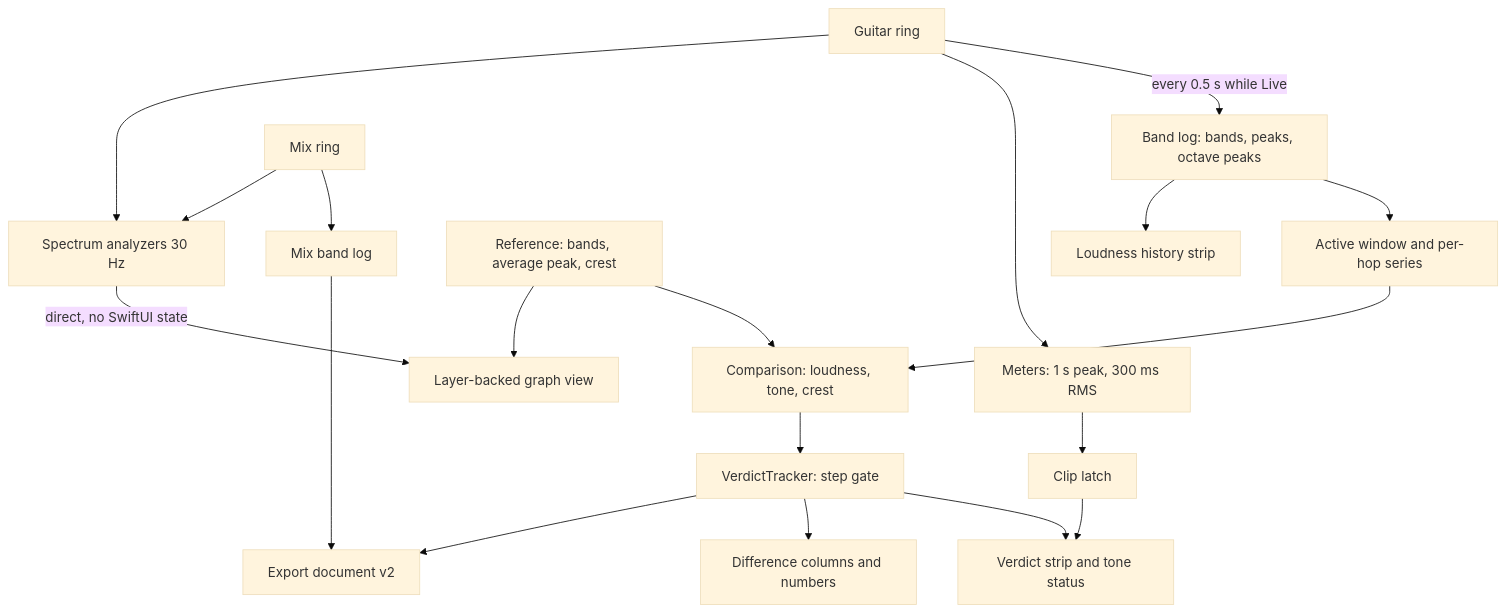
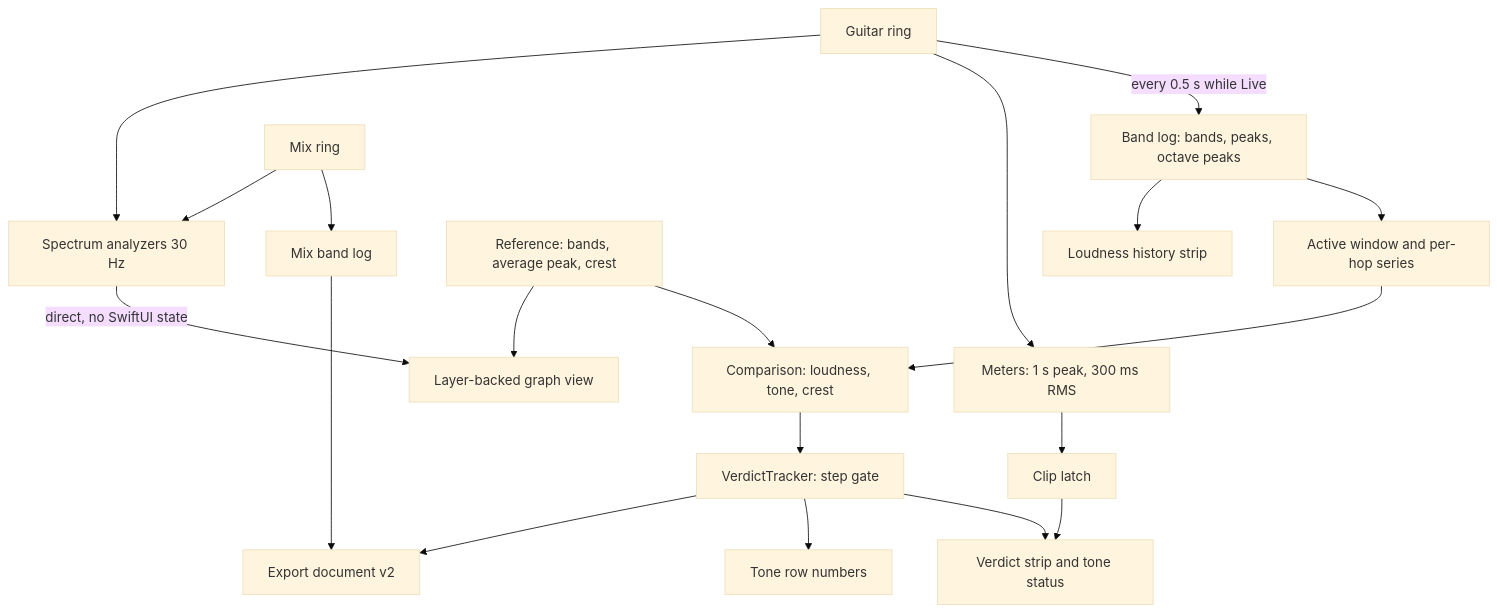
One commit to kyxap1/spectrum-analyzer changed the first of 4 diagrams in docs/plans/2026-10-06-1341-feat-levels-verdict-plan.md. Above: the diagram before and after it, drawn with Mermaid (base theme). The commit also changed other lines of this file, not shown here.

First line of the commit message:
docs: record the graph rework decisions in the levels verdict plan

````diff
--- a/docs/plans/2026-10-06-1341-feat-levels-verdict-plan.md
+++ b/docs/plans/2026-10-06-1341-feat-levels-verdict-plan.md
@@ -195,21 +197,21 @@
 ```mermaid
 flowchart TB
   GR[Guitar ring] -->|every 0.5 s while Live| LOG[Band log: bands, peaks, octave peaks]
   MR[Mix ring] --> MLOG[Mix band log]
   GR --> MET[Meters: 1 s peak, 300 ms RMS]
   LOG --> WIN[Active window and per-hop series]
   REF[Reference: bands, average peak, crest] --> CMP[Comparison: loudness, tone, crest]
   WIN --> CMP
   CMP --> TRK[VerdictTracker: step gate]
   TRK --> STRIP[Verdict strip and tone status]
-  TRK --> COLS[Difference columns and numbers]
+  TRK --> COLS[Tone row numbers]
   TRK --> EXP[Export document v2]
   LOG --> HIST[Loudness history strip]
   MET --> CLIP[Clip latch]
   CLIP --> STRIP
   GR --> AN[Spectrum analyzers 30 Hz]
   MR --> AN
   AN -->|direct, no SwiftUI state| VIEW[Layer-backed graph view]
   REF --> VIEW
   MLOG --> EXP
 ```
````
